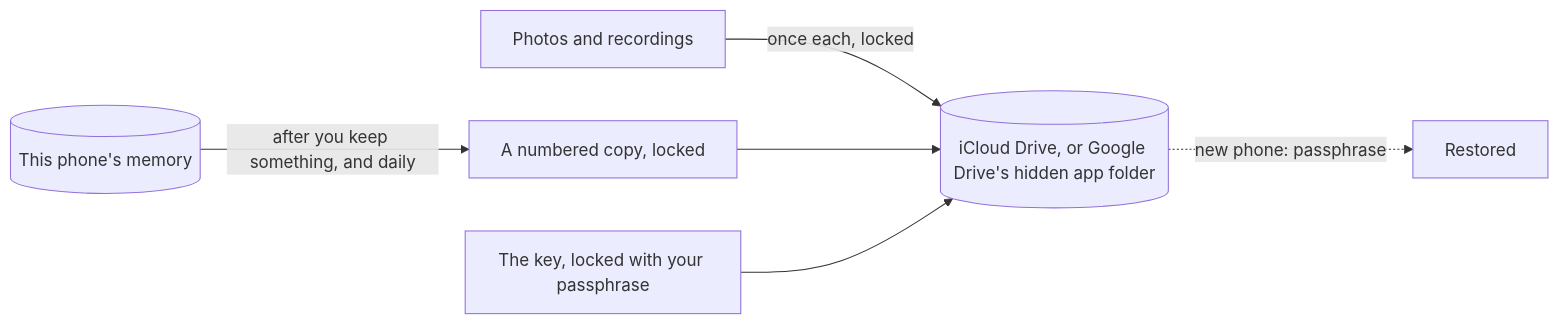
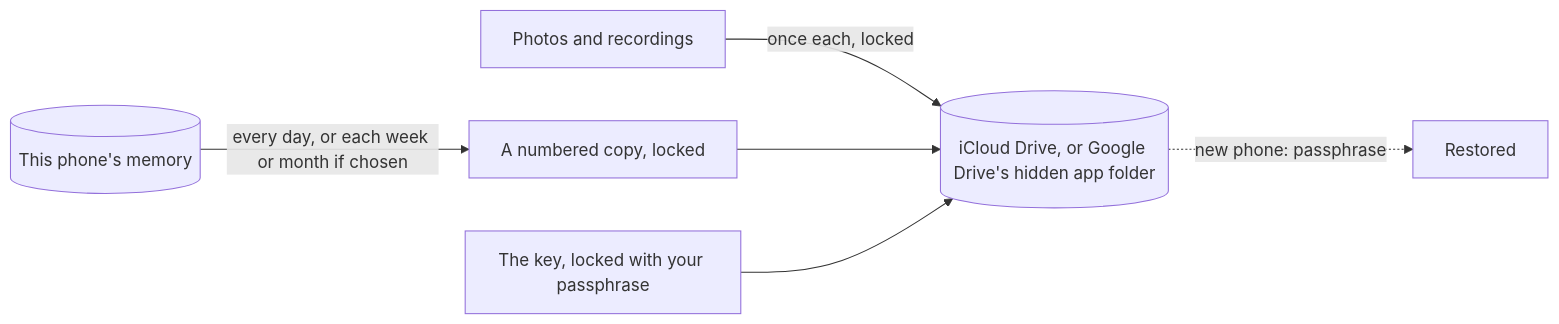
Before and after one commit to agync/nocturne: the third of 3 diagrams in docs/design/phone-first.md, drawn with Mermaid. The commit also changed other lines of this file and 26 other files, not shown here.

````diff
--- a/docs/design/phone-first.md
+++ b/docs/design/phone-first.md
@@ -435,8 +439,8 @@
 ```mermaid
 flowchart LR
-    DB[(This phone's memory)] -->|after you keep something, and daily| SN[A numbered copy, locked]
+    DB[(This phone's memory)] -->|every day, or each week or month if chosen| SN[A numbered copy, locked]
     OR[Photos and recordings] -->|once each, locked| PL
     SN --> PL[(iCloud Drive, or Google Drive's hidden app folder)]
     KY[The key, locked with your passphrase] --> PL
     PL -. new phone: passphrase .-> NP[Restored]
 ```
````
